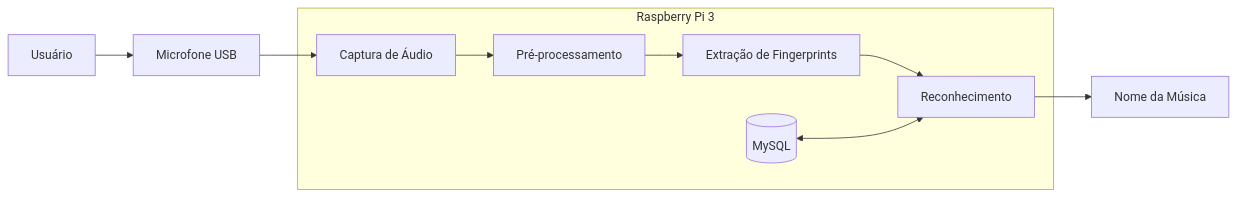
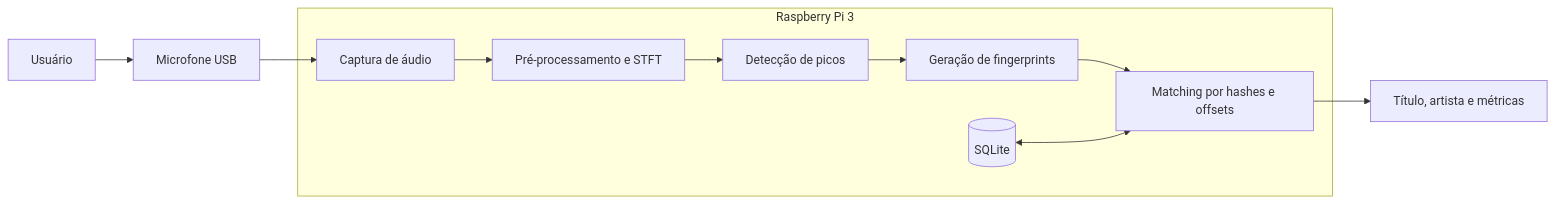
Before and after one commit to ana-vitoria-murad/PCS3732_project: the diagram in README.md, drawn with Mermaid. The commit also changed other lines of this file, not shown here.

````diff
--- a/README.md
+++ b/README.md
@@ -127,22 +126,24 @@
 ```mermaid
 flowchart LR
 
     USER[Usuário]
     MIC[Microfone USB]
 
     subgraph PI["Raspberry Pi 3"]
-        REC[Captura de Áudio]
-        PRE[Pré-processamento]
-        FP[Extração de Fingerprints]
-        DB[(MySQL)]
-        MATCH[Reconhecimento]
+        REC[Captura de áudio]
+        PRE[Pré-processamento e STFT]
+        PEAK[Detecção de picos]
+        FP[Geração de fingerprints]
+        DB[(SQLite)]
+        MATCH[Matching por hashes e offsets]
     end
 
     USER --> MIC
     MIC --> REC
     REC --> PRE
-    PRE --> FP
+    PRE --> PEAK
+    PEAK --> FP
     FP --> MATCH
     DB <--> MATCH
-    MATCH --> RES[Nome da Música]
+    MATCH --> RES[Título, artista e métricas]
 ```
````
